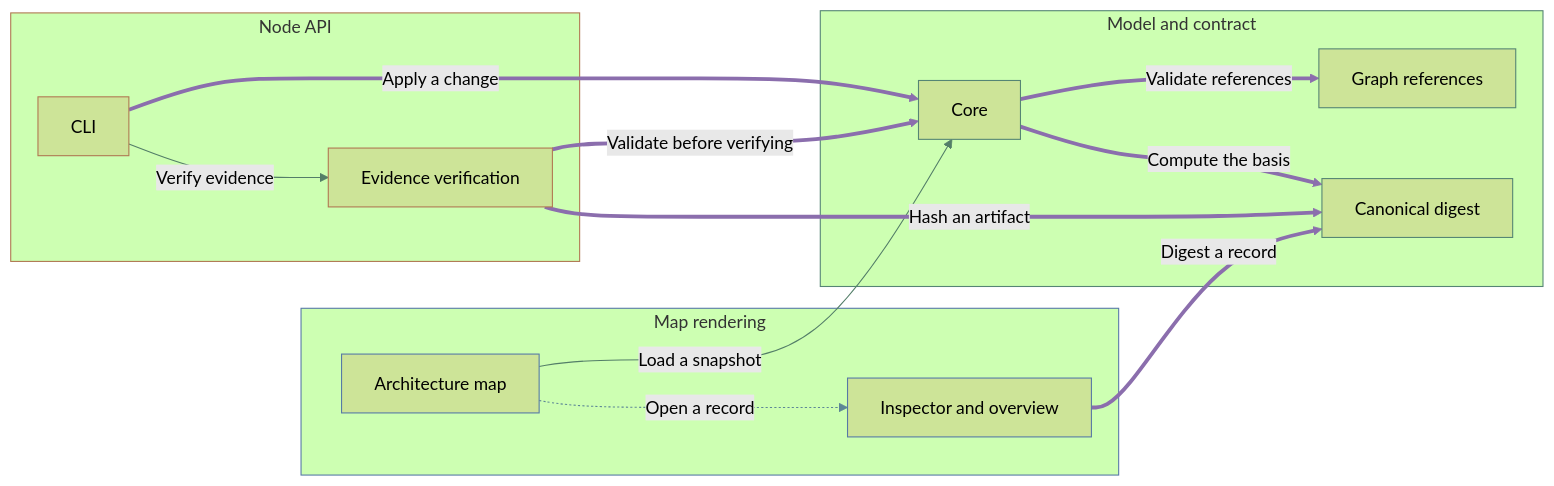
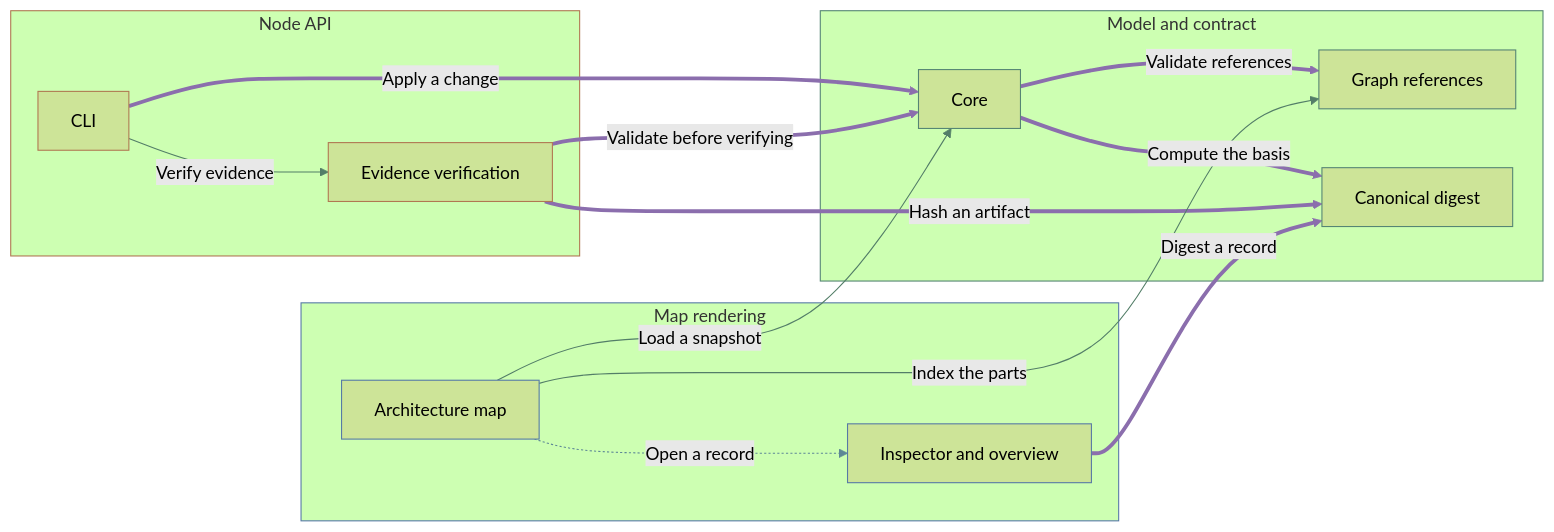
The diagram in README.md (umnick02/archivarius), drawn with Mermaid (forest theme) before and after one commit. The commit also changed other lines of this file and 57 other files, not shown here.

````diff
--- a/README.md
+++ b/README.md
@@ -71,34 +71,35 @@
 ```mermaid
 flowchart LR
     subgraph c-model["Model and contract"]
         c-core["Core"]:::pure
         c-graph["Graph references"]:::pure
         c-digest["Canonical digest"]:::pure
     end
     subgraph c-node-api["Node API"]
         c-cli["CLI"]:::infrastructure
         c-evidence["Evidence verification"]:::infrastructure
     end
     subgraph c-render["Map rendering"]
         c-map["Architecture map"]:::presentation
         c-inspector["Inspector and overview"]:::presentation
     end
     c-map -->|"Load a snapshot"| c-core
     c-core ==>|"Validate references"| c-graph
     c-core ==>|"Compute the basis"| c-digest
     c-map -.->|"Open a record"| c-inspector
     c-cli ==>|"Apply a change"| c-core
     c-cli -->|"Verify evidence"| c-evidence
     c-evidence ==>|"Hash an artifact"| c-digest
     c-inspector ==>|"Digest a record"| c-digest
     c-evidence ==>|"Validate before verifying"| c-core
+    c-map -->|"Index the parts"| c-graph
     style c-model stroke:#558574
     style c-node-api stroke:#b07852
     style c-render stroke:#5779a6
-    linkStyle 0,5 stroke:#537e68
+    linkStyle 0,5,9 stroke:#537e68
     linkStyle 1,2,4,6,7,8 stroke:#8b6ead
     linkStyle 3 stroke:#5d8796
     classDef pure stroke:#558574
     classDef infrastructure stroke:#b07852
     classDef presentation stroke:#5779a6
 ```
````
